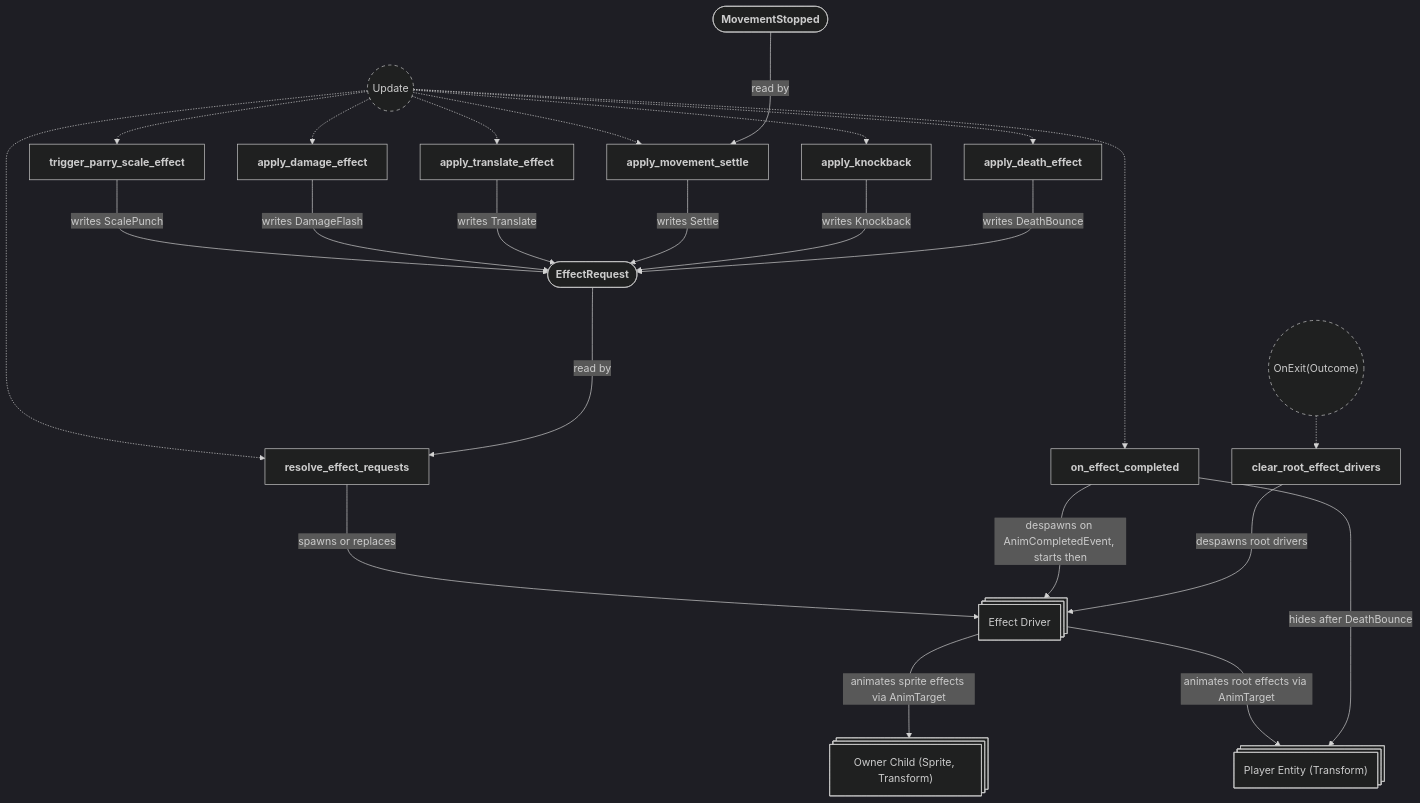
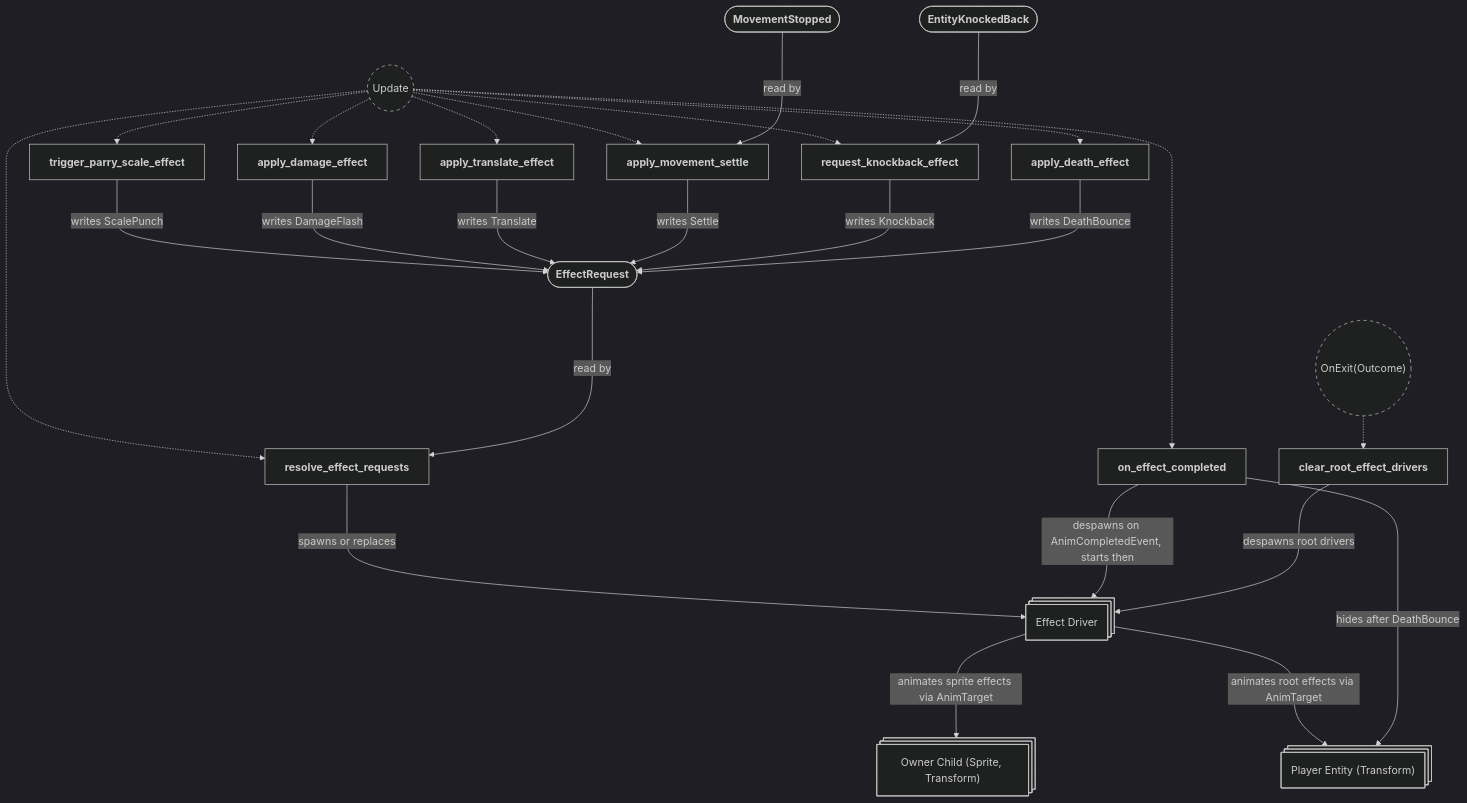
One commit to neurosoup/tyled changed diagram 20 of 20 in backlog/docs/doc-10 - 008-Effects-plugin.md. Above: the diagram before and after it, drawn with Mermaid. The commit also changed other lines of this file and 8 other files, not shown here.

````diff
--- a/backlog/docs/doc-10 - 008-Effects-plugin.md
+++ b/backlog/docs/doc-10 - 008-Effects-plugin.md
@@ -1082,53 +930,55 @@
 ```mermaid
 ---
 config:
   theme: dark
 ---
 
 flowchart TD
 classDef system-group stroke-dasharray: 5 5
 
 update(("`Update`")):::system-group
 exit_outcome(("`OnExit(Outcome)`")):::system-group
 
 trigger_parry_scale_effect["`**trigger_parry_scale_effect**`"]
 apply_damage_effect["`**apply_damage_effect**`"]
 apply_translate_effect["`**apply_translate_effect**`"]
 apply_movement_settle["`**apply_movement_settle**`"]
-apply_knockback["`**apply_knockback**`"]
+request_knockback_effect["`**request_knockback_effect**`"]
 apply_death_effect["`**apply_death_effect**`"]
 on_effect_completed["`**on_effect_completed**`"]
 resolve_effect_requests["`**resolve_effect_requests**`"]
 clear_root_effect_drivers["`**clear_root_effect_drivers**`"]
 
 update -.-> trigger_parry_scale_effect
 update -.-> apply_damage_effect
 update -.-> apply_translate_effect
 update -.-> apply_movement_settle
-update -.-> apply_knockback
+update -.-> request_knockback_effect
 update -.-> apply_death_effect
 update -.-> on_effect_completed
 update -.-> resolve_effect_requests
 exit_outcome -.-> clear_root_effect_drivers
 
 effect_request(["`**EffectRequest**`"])
 driver_entity@{ shape: st-rect, label: "Effect Driver" }
 sprite_entity@{ shape: st-rect, label: "Owner Child (Sprite, Transform)" }
 player_entity@{ shape: st-rect, label: "Player Entity (Transform)" }
 
 trigger_parry_scale_effect ---> |writes ScalePunch| effect_request
 apply_damage_effect ---> |writes DamageFlash| effect_request
 apply_translate_effect ---> |writes Translate| effect_request
 movement_stopped_message(["`**MovementStopped**`"])
 movement_stopped_message ---> |read by| apply_movement_settle
 apply_movement_settle ---> |writes Settle| effect_request
-apply_knockback ---> |writes Knockback| effect_request
+entity_knocked_back_message(["`**EntityKnockedBack**`"])
+entity_knocked_back_message ---> |read by| request_knockback_effect
+request_knockback_effect ---> |writes Knockback| effect_request
 apply_death_effect ---> |writes DeathBounce| effect_request
 effect_request ---> |read by| resolve_effect_requests
 resolve_effect_requests ---> |spawns or replaces| driver_entity
 driver_entity ---> |animates sprite effects via AnimTarget| sprite_entity
 driver_entity ---> |animates root effects via AnimTarget| player_entity
 on_effect_completed ---> |despawns on AnimCompletedEvent, starts then| driver_entity
 on_effect_completed ---> |hides after DeathBounce| player_entity
 clear_root_effect_drivers ---> |despawns root drivers| driver_entity
 ```
````
